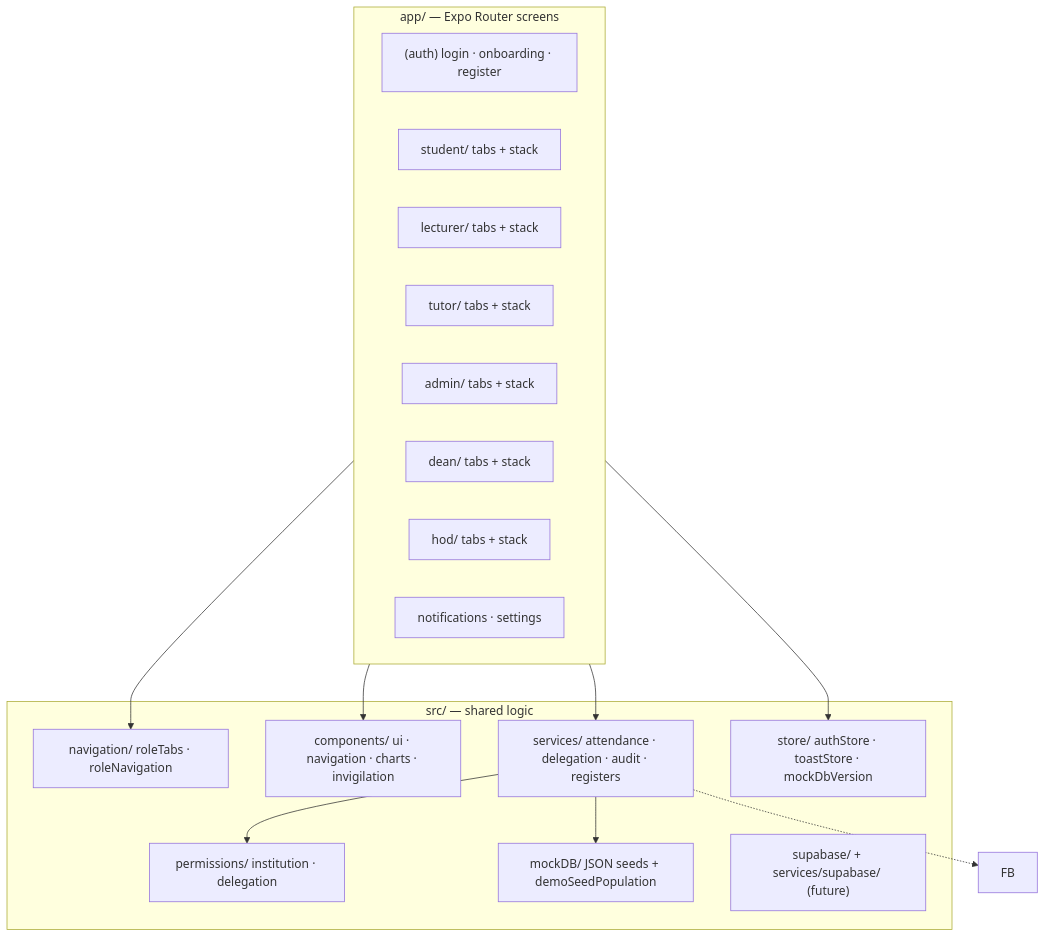
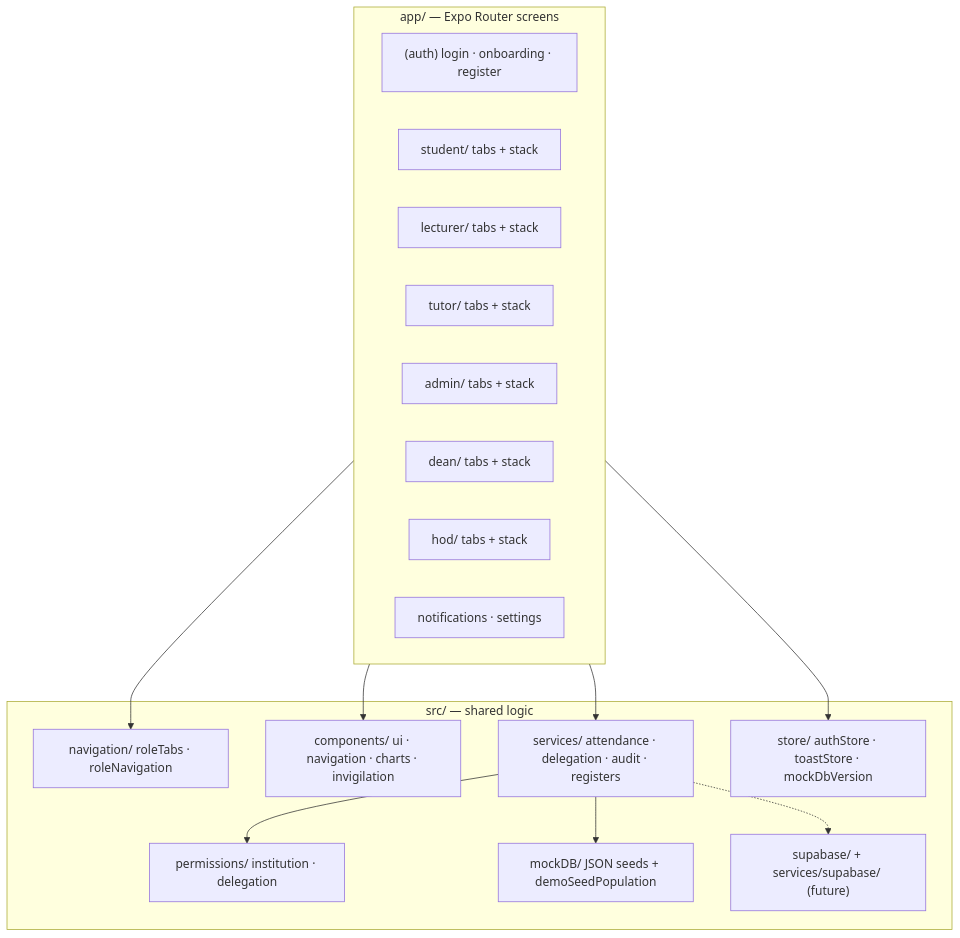
Before and after one commit to answer-mthombe/STARS_LITE: the first of 19 diagrams in FLOW_AND_STRUCTURE.md, drawn with Mermaid. The commit also changed other lines of this file and 13 other files, not shown here.

````diff
--- a/FLOW_AND_STRUCTURE.md
+++ b/FLOW_AND_STRUCTURE.md
@@ -9,31 +9,31 @@
 ```mermaid
 flowchart TB
   subgraph UI["app/ — Expo Router screens"]
     Auth["(auth) login · onboarding · register"]
     Student["student/ tabs + stack"]
     Lecturer["lecturer/ tabs + stack"]
     Tutor["tutor/ tabs + stack"]
     Admin["admin/ tabs + stack"]
     Dean["dean/ tabs + stack"]
     Hod["hod/ tabs + stack"]
     Shared["notifications · settings"]
   end
 
   subgraph Core["src/ — shared logic"]
     Nav["navigation/ roleTabs · roleNavigation"]
     Comp["components/ ui · navigation · charts · invigilation"]
     Svc["services/ attendance · delegation · audit · registers"]
     Store["store/ authStore · toastStore · mockDbVersion"]
     Perm["permissions/ institution · delegation"]
     Mock["mockDB/ JSON seeds + demoSeedPopulation"]
     SB["supabase/ + services/supabase/ (future)"]
   end
 
   UI --> Store
   UI --> Svc
   UI --> Comp
   UI --> Nav
   Svc --> Mock
   Svc --> Perm
-  Svc -.-> FB
+  Svc -.-> SB
 ```
````
